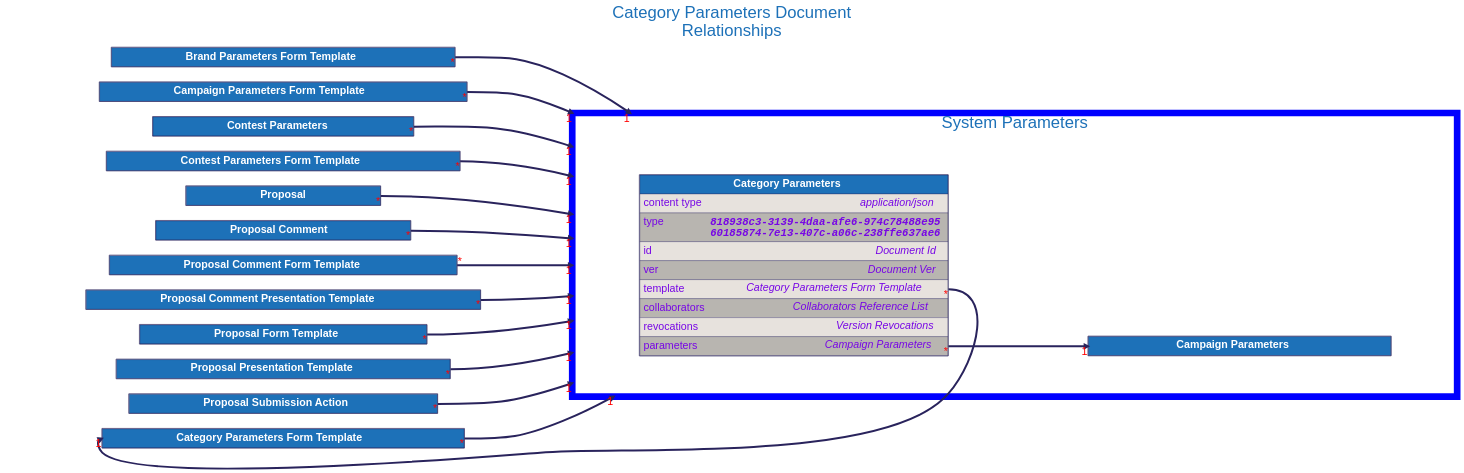
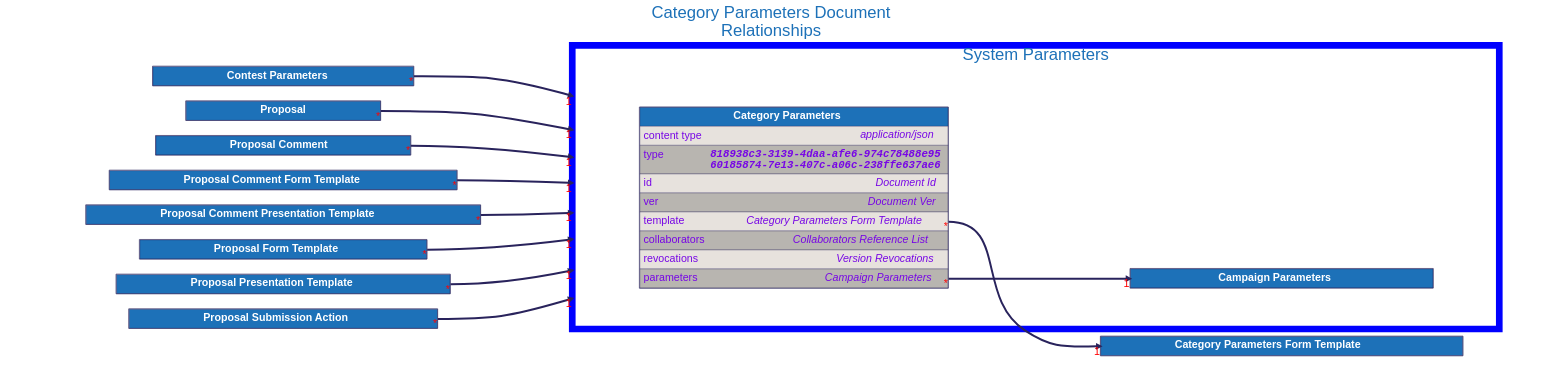
One commit to input-output-hk/catalyst-libs changed the diagram in docs/src/architecture/08_concepts/signed_doc/diagrams/category_parameters.dot. Above: the diagram before and after it, drawn with Graphviz. The commit also changed 15 other files, not shown here.

```diff
--- a/docs/src/architecture/08_concepts/signed_doc/diagrams/category_parameters.dot
+++ b/docs/src/architecture/08_concepts/signed_doc/diagrams/category_parameters.dot
@@ -28,36 +28,6 @@
     ];
 
 
-    "Brand Parameters Form Template" [
-        id="Brand Parameters Form Template";
-        label=<
-            <TABLE BORDER="2" COLOR="#29235c" CELLBORDER="1" CELLSPACING="0" CELLPADDING="10">
-            <TR>
-                <TD PORT="title" BGCOLOR="#1d71b8" HREF="../brand_parameters_form_template/">
-                    <FONT COLOR="#ffffff"><B> Brand Parameters Form Template </B></FONT>
-                </TD>
-            </TR>
-
-            </TABLE>
-        >
-    ];
-
-
-    "Campaign Parameters Form Template" [
-        id="Campaign Parameters Form Template";
-        label=<
-            <TABLE BORDER="2" COLOR="#29235c" CELLBORDER="1" CELLSPACING="0" CELLPADDING="10">
-            <TR>
-                <TD PORT="title" BGCOLOR="#1d71b8" HREF="../campaign_parameters_form_template/">
-                    <FONT COLOR="#ffffff"><B> Campaign Parameters Form Template </B></FONT>
-                </TD>
-            </TR>
-
-            </TABLE>
-        >
-    ];
-
-
     "Contest Parameters" [
         id="Contest Parameters";
         label=<
@@ -65,21 +35,6 @@
             <TR>
                 <TD PORT="title" BGCOLOR="#1d71b8" HREF="../contest_parameters/">
                     <FONT COLOR="#ffffff"><B> Contest Parameters </B></FONT>
-                </TD>
-            </TR>
-
-            </TABLE>
-        >
-    ];
-
-
-    "Contest Parameters Form Template" [
-        id="Contest Parameters Form Template";
-        label=<
-            <TABLE BORDER="2" COLOR="#29235c" CELLBORDER="1" CELLSPACING="0" CELLPADDING="10">
-            <TR>
-                <TD PORT="title" BGCOLOR="#1d71b8" HREF="../contest_parameters_form_template/">
-                    <FONT COLOR="#ffffff"><B> Contest Parameters Form Template </B></FONT>
                 </TD>
             </TR>
 
@@ -311,11 +266,7 @@
 
     "Category Parameters":"template":e -> "Category Parameters Form Template":"title":w [dir=forward, penwidth=6, color="#29235c", headlabel="1", taillabel="*"]
     "Category Parameters":"parameters":e -> "Campaign Parameters":"title":w [dir=forward, penwidth=6, color="#29235c", headlabel="1", taillabel="*"]
-    "Brand Parameters Form Template":"title":e -> "Category Parameters" [dir=forward, penwidth=6, color="#29235c", headlabel="1", taillabel="*", lhead="cluster_system_parameters"]
-    "Campaign Parameters Form Template":"title":e -> "Category Parameters" [dir=forward, penwidth=6, color="#29235c", headlabel="1", taillabel="*", lhead="cluster_system_parameters"]
-    "Category Parameters Form Template":"title":e -> "Category Parameters" [dir=forward, penwidth=6, color="#29235c", headlabel="1", taillabel="*", lhead="cluster_system_parameters"]
     "Contest Parameters":"title":e -> "Category Parameters" [dir=forward, penwidth=6, color="#29235c", headlabel="1", taillabel="*", lhead="cluster_system_parameters"]
-    "Contest Parameters Form Template":"title":e -> "Category Parameters" [dir=forward, penwidth=6, color="#29235c", headlabel="1", taillabel="*", lhead="cluster_system_parameters"]
     "Proposal":"title":e -> "Category Parameters" [dir=forward, penwidth=6, color="#29235c", headlabel="1", taillabel="*", lhead="cluster_system_parameters"]
     "Proposal Comment":"title":e -> "Category Parameters" [dir=forward, penwidth=6, color="#29235c", headlabel="1", taillabel="*", lhead="cluster_system_parameters"]
     "Proposal Comment Form Template":"title":e -> "Category Parameters" [dir=forward, penwidth=6, color="#29235c", headlabel="1", taillabel="*", lhead="cluster_system_parameters"]
```
